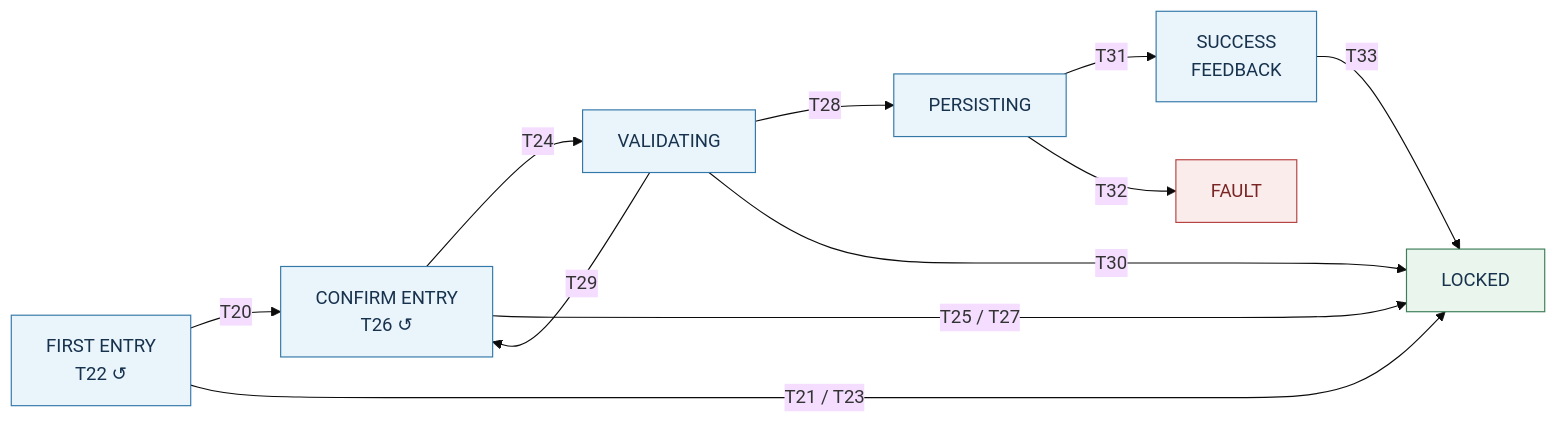
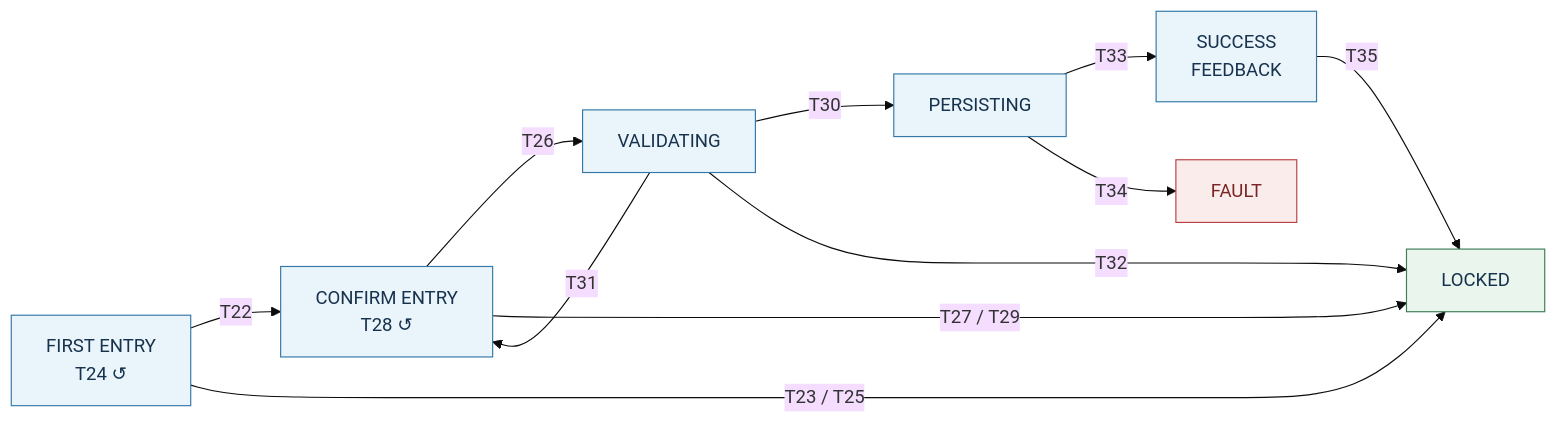
The third of 7 diagrams in Libs/Services/Lock_Control/README.md (JP-REY/STM32F103C8T6-Based-Electronic-Lock), drawn with Mermaid (base theme) before and after one commit. The commit also changed other lines of this file and 2 other files, not shown here.

````diff
--- a/Libs/Services/Lock_Control/README.md
+++ b/Libs/Services/Lock_Control/README.md
@@ -534,22 +544,30 @@
 ```mermaid
 flowchart LR
-    FIRST["FIRST ENTRY<br/>T22 ↺"] -->|T20| CONFIRM["CONFIRM ENTRY<br/>T26 ↺"]
-    CONFIRM -->|T24| VALIDATE["VALIDATING"]
-    VALIDATE -->|T28| PERSIST["PERSISTING"]
-    PERSIST -->|T31| FEEDBACK["SUCCESS<br/>FEEDBACK"]
-    FEEDBACK -->|T33| LOCKED["LOCKED"]
+    FIRST["FIRST ENTRY<br/>T24 ↺"] -->|T22| CONFIRM["CONFIRM ENTRY<br/>T28 ↺"]
 
-    VALIDATE -->|T29| CONFIRM
-    FIRST -->|"T21 / T23"| LOCKED
-    CONFIRM -->|"T25 / T27"| LOCKED
-    VALIDATE -->|T30| LOCKED
-    PERSIST -->|T32| FAULT["FAULT"]
+    CONFIRM -->|T26| VALIDATE["VALIDATING"]
+
+    VALIDATE -->|T30| PERSIST["PERSISTING"]
+
+    PERSIST -->|T33| FEEDBACK["SUCCESS<br/>FEEDBACK"]
+
+    FEEDBACK -->|T35| LOCKED["LOCKED"]
+
+    VALIDATE -->|T31| CONFIRM
+
+    FIRST -->|"T23 / T25"| LOCKED
+
+    CONFIRM -->|"T27 / T29"| LOCKED
+
+    VALIDATE -->|T32| LOCKED
+
+    PERSIST -->|T34| FAULT["FAULT"]
 
     classDef secure fill:#eaf5ed,stroke:#3d7e57,color:#17324d
     classDef active fill:#eaf4fb,stroke:#3478a8,color:#17324d
     classDef fault fill:#fbecec,stroke:#b54040,color:#7a2525
 
     class FIRST,CONFIRM,VALIDATE,PERSIST,FEEDBACK active
     class LOCKED secure
     class FAULT fault
 ```
````
